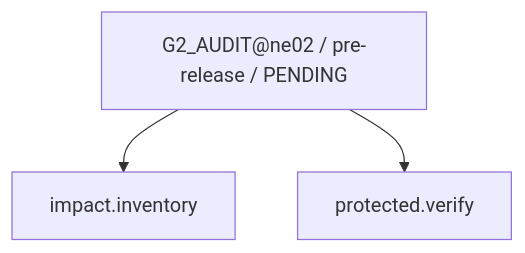
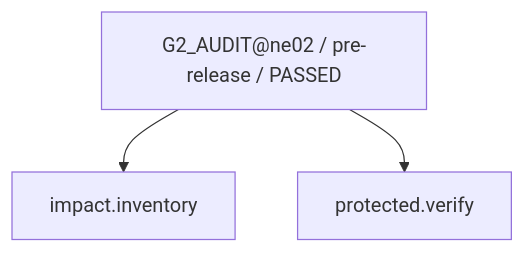
Diagram 31 of 45 in work/items/W-MATH-036-ne02-n11-n12-guided-design/generated/CAPABILITY_FIRE_DIAGRAM.md (rrikunagasige-dot/kyotsu-step-web), drawn with Mermaid before and after one commit. The commit also changed other lines of this file and 75 other files, not shown here.

````diff
--- a/work/items/W-MATH-036-ne02-n11-n12-guided-design/generated/CAPABILITY_FIRE_DIAGRAM.md
+++ b/work/items/W-MATH-036-ne02-n11-n12-guided-design/generated/CAPABILITY_FIRE_DIAGRAM.md
@@ -507,8 +507,8 @@
 ```mermaid
 flowchart TD
-  N0["G2_AUDIT@ne02 / pre-release / PENDING"]
+  N0["G2_AUDIT@ne02 / pre-release / PASSED"]
   N1["protected.verify"]
   N2["impact.inventory"]
   N0 --> N2
   N0 --> N1
 ```
````
